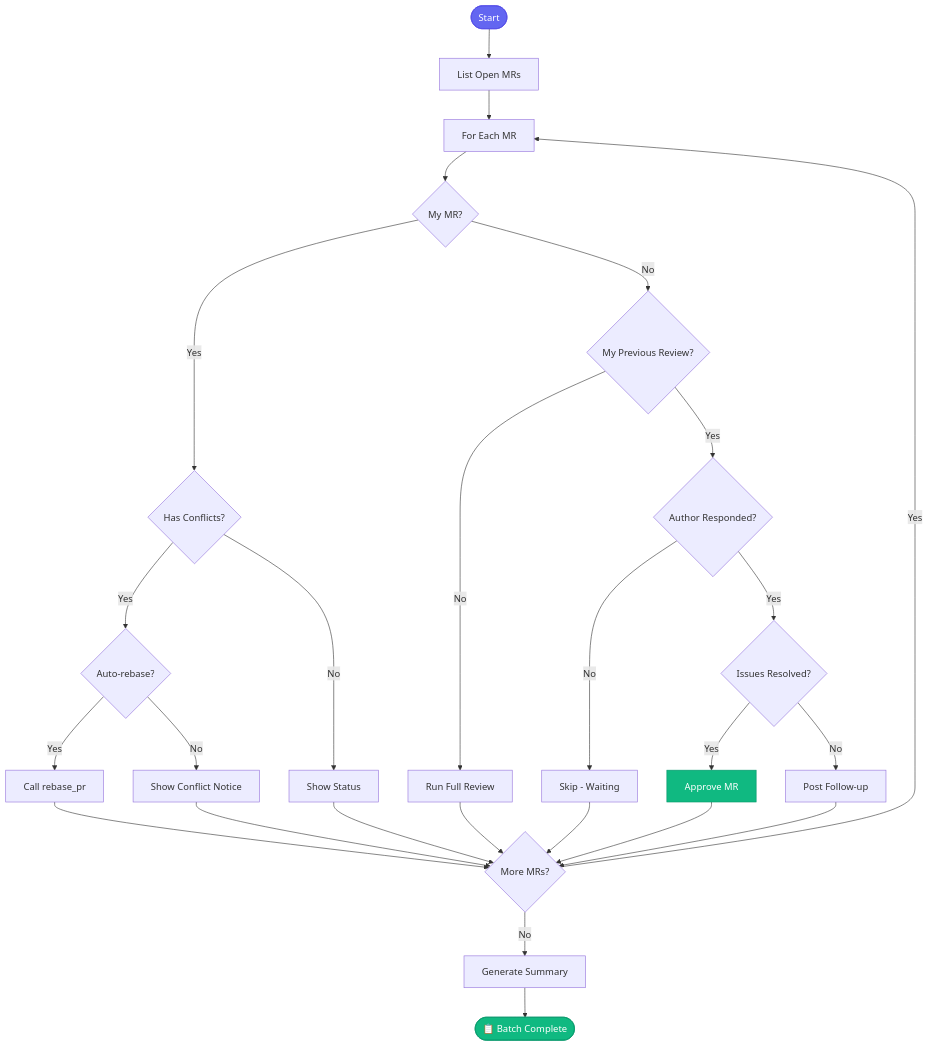
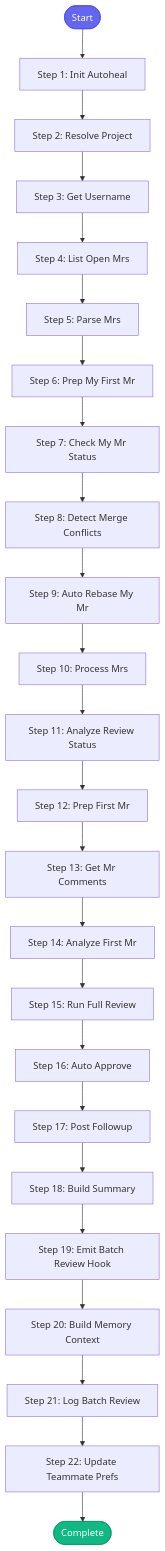
The diagram in docs/skills/review_all_prs.md (dmzoneill/redhat-ai-workflow), drawn with Mermaid before and after one commit. The commit also changed other lines of this file and 49 other files, not shown here.

````diff
--- a/docs/skills/review_all_prs.md
+++ b/docs/skills/review_all_prs.md
@@ -34,42 +44,52 @@
 ```mermaid
 flowchart TD
-    START([Start]) --> LIST[List Open MRs]
-    LIST --> LOOP[For Each MR]
-
-    LOOP --> MINE{My MR?}
-
-    MINE -->|Yes| CONFLICT{Has Conflicts?}
-    CONFLICT -->|Yes| REBASE{Auto-rebase?}
-    REBASE -->|Yes| DO_REBASE[Call rebase_pr]
-    REBASE -->|No| SHOW_CONFLICT[Show Conflict Notice]
-    CONFLICT -->|No| STATUS[Show Status]
-
-    MINE -->|No| REVIEWED{My Previous Review?}
-
-    REVIEWED -->|No| FULL[Run Full Review]
-    REVIEWED -->|Yes| RESPONSE{Author Responded?}
-
-    RESPONSE -->|No| SKIP[Skip - Waiting]
-    RESPONSE -->|Yes| RESOLVED{Issues Resolved?}
-
-    RESOLVED -->|Yes| APPROVE[Approve MR]
-    RESOLVED -->|No| FOLLOWUP[Post Follow-up]
-
-    FULL --> NEXT
-    DO_REBASE --> NEXT
-    SHOW_CONFLICT --> NEXT
-    STATUS --> NEXT
-    SKIP --> NEXT
-    APPROVE --> NEXT
-    FOLLOWUP --> NEXT
-
-    NEXT{More MRs?}
-    NEXT -->|Yes| LOOP
-    NEXT -->|No| SUMMARY[Generate Summary]
-
-    SUMMARY --> DONE([📋 Batch Complete])
+    START([Start])
+    STEP1[Step 1: Init Autoheal]
+    START --> STEP1
+    STEP2[Step 2: Resolve Project]
+    STEP1 --> STEP2
+    STEP3[Step 3: Get Username]
+    STEP2 --> STEP3
+    STEP4[Step 4: List Open Mrs]
+    STEP3 --> STEP4
+    STEP5[Step 5: Parse Mrs]
+    STEP4 --> STEP5
+    STEP6[Step 6: Prep My First Mr]
+    STEP5 --> STEP6
+    STEP7[Step 7: Check My Mr Status]
+    STEP6 --> STEP7
+    STEP8[Step 8: Detect Merge Conflicts]
+    STEP7 --> STEP8
+    STEP9[Step 9: Auto Rebase My Mr]
+    STEP8 --> STEP9
+    STEP10[Step 10: Process Mrs]
+    STEP9 --> STEP10
+    STEP11[Step 11: Analyze Review Status]
+    STEP10 --> STEP11
+    STEP12[Step 12: Prep First Mr]
+    STEP11 --> STEP12
+    STEP13[Step 13: Get Mr Comments]
+    STEP12 --> STEP13
+    STEP14[Step 14: Analyze First Mr]
+    STEP13 --> STEP14
+    STEP15[Step 15: Run Full Review]
+    STEP14 --> STEP15
+    STEP16[Step 16: Auto Approve]
+    STEP15 --> STEP16
+    STEP17[Step 17: Post Followup]
+    STEP16 --> STEP17
+    STEP18[Step 18: Build Summary]
+    STEP17 --> STEP18
+    STEP19[Step 19: Emit Batch Review Hook]
+    STEP18 --> STEP19
+    STEP20[Step 20: Build Memory Context]
+    STEP19 --> STEP20
+    STEP21[Step 21: Log Batch Review]
+    STEP20 --> STEP21
+    STEP22[Step 22: Update Teammate Prefs]
+    STEP21 --> STEP22
+    STEP22 --> DONE([Complete])
 
     style START fill:#6366f1,stroke:#4f46e5,color:#fff
     style DONE fill:#10b981,stroke:#059669,color:#fff
-    style APPROVE fill:#10b981,stroke:#059669,color:#fff
 ```
````
